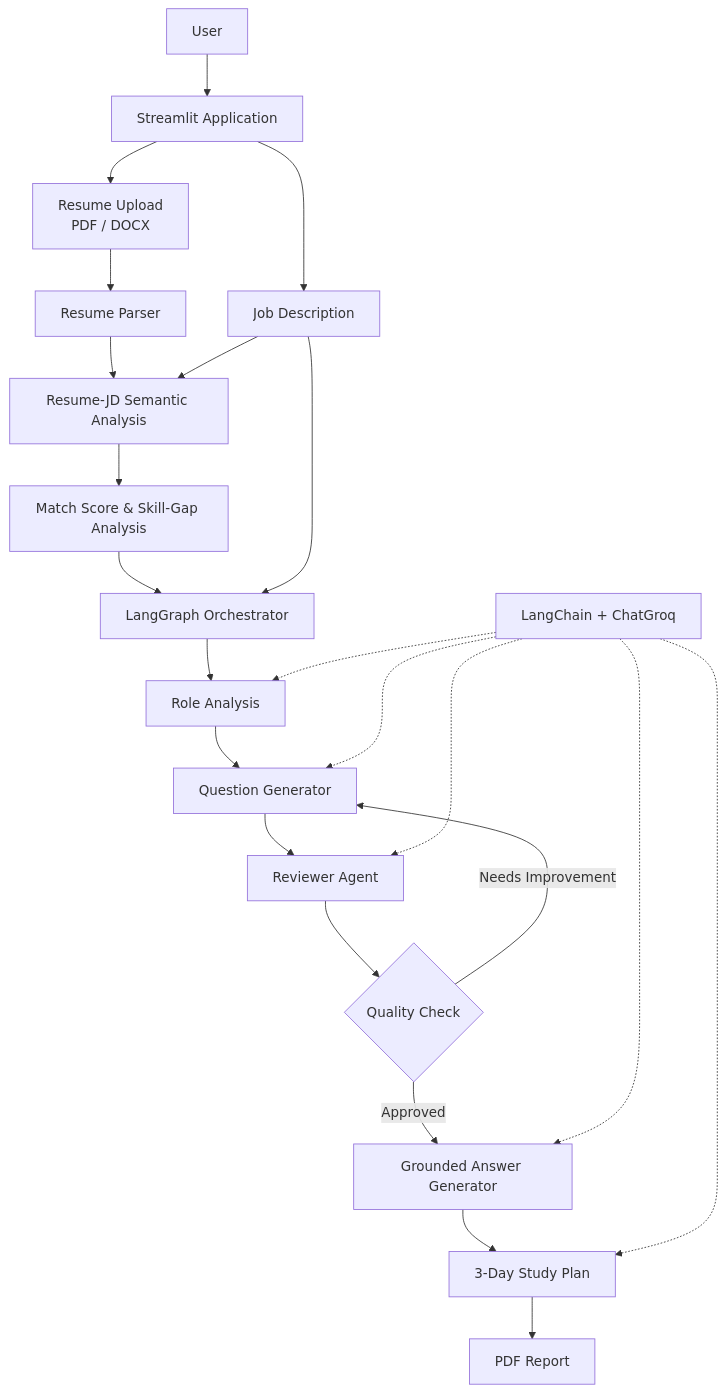
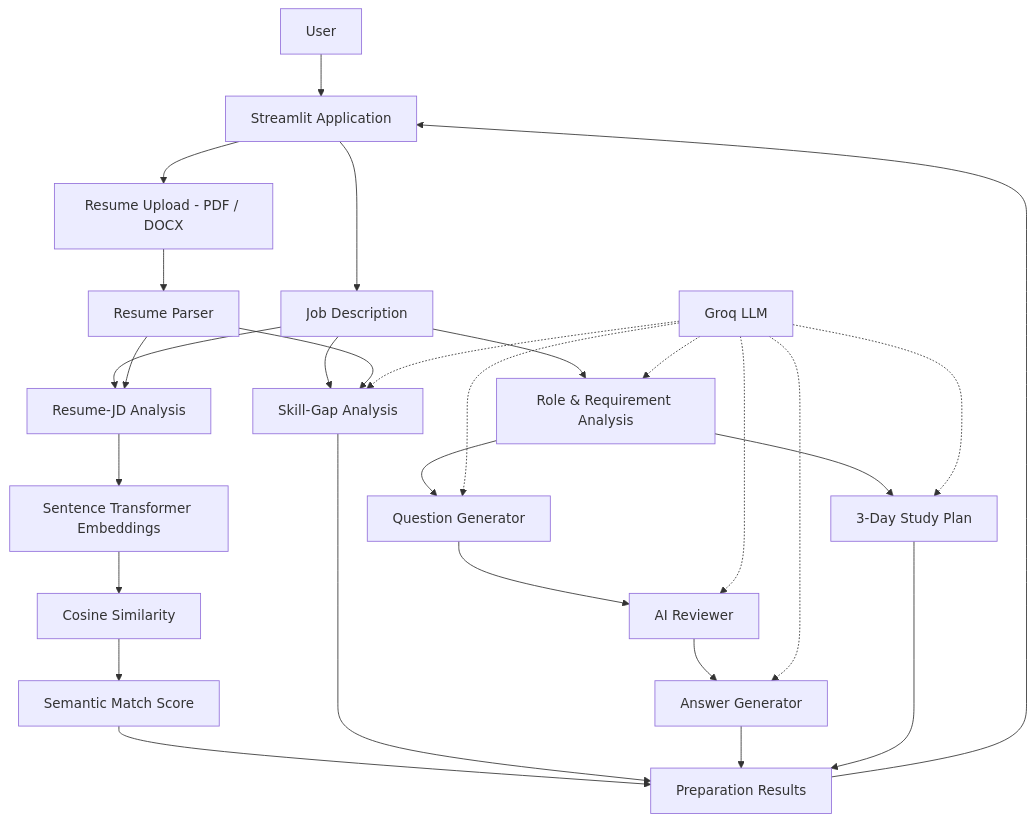
One commit to pallavivhalgade/interview-prep-agent changed the diagram in README.md. Above: the diagram before and after it, drawn with Mermaid. The commit also changed other lines of this file and 5 other files, not shown here.

````diff
--- a/README.md
+++ b/README.md
@@ -68,34 +30,42 @@
 ```mermaid
 flowchart TD
 
     A["User"] --> B["Streamlit Application"]
 
-    B --> C["Resume Upload<br/>PDF / DOCX"]
-    B --> D["Job Description"]
+    B --> C["Job Description"]
+    B --> D["Resume Upload - PDF / DOCX"]
 
-    C --> E["Resume Parser"]
-    E --> F["Resume-JD Semantic Analysis"]
-    D --> F
+    D --> E["Resume Parser"]
 
-    F --> G["Match Score & Skill-Gap Analysis"]
+    C --> F["Resume-JD Analysis"]
+    E --> F
 
-    G --> H["LangGraph Orchestrator"]
-    D --> H
+    F --> G["Sentence Transformer Embeddings"]
+    G --> H["Cosine Similarity"]
+    H --> I["Semantic Match Score"]
 
-    H --> I["Role Analysis"]
-    I --> J["Question Generator"]
-    J --> K["Reviewer Agent"]
-    K --> L{"Quality Check"}
+    C --> J["Skill-Gap Analysis"]
+    E --> J
 
-    L -->|Needs Improvement| J
-    L -->|Approved| M["Grounded Answer Generator"]
+    C --> K["Role & Requirement Analysis"]
 
-    M --> N["3-Day Study Plan"]
-    N --> O["PDF Report"]
+    K --> L["Question Generator"]
+    L --> M["AI Reviewer"]
+    M --> N["Answer Generator"]
 
-    P["LangChain + ChatGroq"] -.-> I
-    P -.-> J
+    K --> O["3-Day Study Plan"]
+
+    P["Groq LLM"] -.-> J
     P -.-> K
+    P -.-> L
     P -.-> M
     P -.-> N
+    P -.-> O
+
+    I --> Q["Preparation Results"]
+    J --> Q
+    N --> Q
+    O --> Q
+
+    Q --> B
 ```
````
